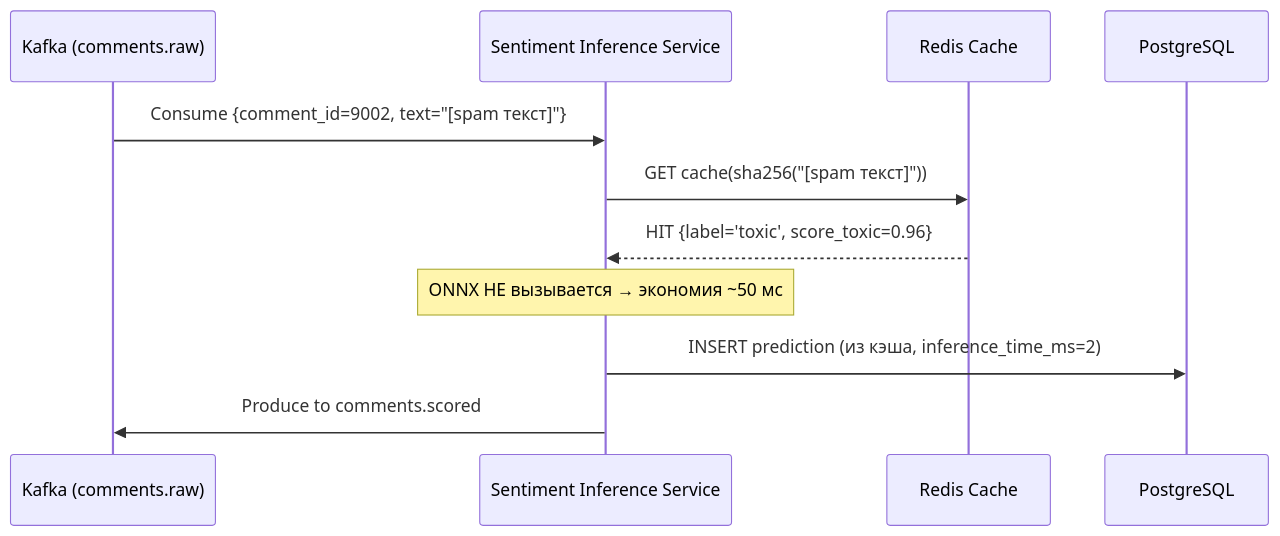
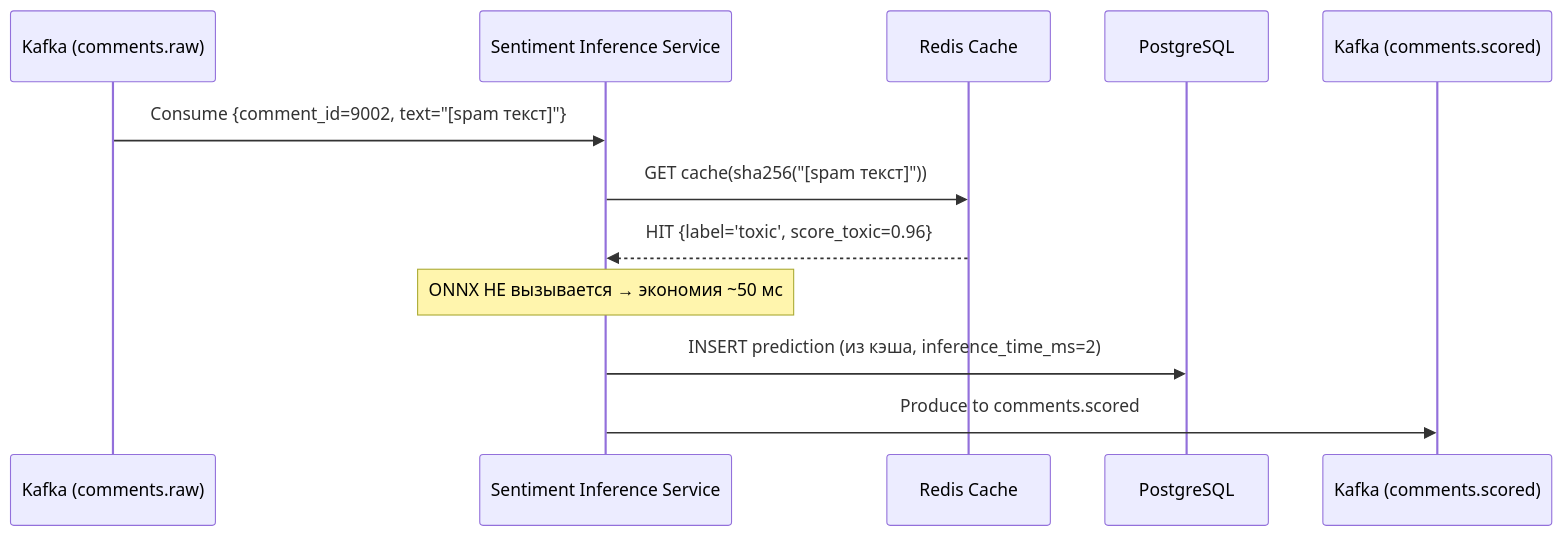
Before and after one commit to alexzomai/pris-lab-9: the fourth of 4 diagrams in diagrams/uml_sequence.md, drawn with Mermaid. The commit also changed other lines of this file and 2 other files, not shown here.

First line of the commit message:
fix: исправлены ошибки в диаграммах

````diff
--- a/diagrams/uml_sequence.md
+++ b/diagrams/uml_sequence.md
@@ -108,14 +108,15 @@
 ```mermaid
 sequenceDiagram
     participant KR as Kafka (comments.raw)
     participant SIS as Sentiment Inference Service
     participant RD as Redis Cache
     participant PG as PostgreSQL
+    participant KS as Kafka (comments.scored)
 
     KR->>SIS: Consume {comment_id=9002, text="[spam текст]"}
     SIS->>RD: GET cache(sha256("[spam текст]"))
     RD-->>SIS: HIT {label='toxic', score_toxic=0.96}
     Note over SIS: ONNX НЕ вызывается → экономия ~50 мс
     SIS->>PG: INSERT prediction (из кэша, inference_time_ms=2)
-    SIS->>KR: Produce to comments.scored
+    SIS->>KS: Produce to comments.scored
 ```
````
